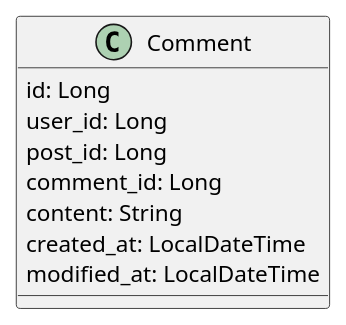
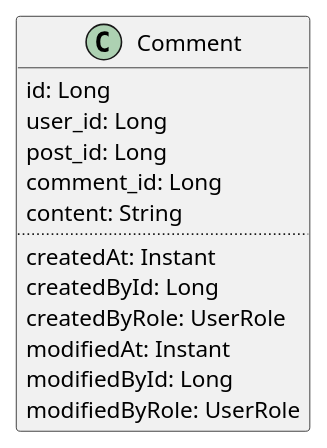
Before and after one commit to sweav-org/sweav-uml: the diagram in class/feed/comment.puml, drawn with PlantUML. The commit also changed 3 other files, not shown here.

Commit message:
피드 ERD 및 클래스 다이어그램 수정

```diff
--- a/class/feed/comment.puml
+++ b/class/feed/comment.puml
@@ -1,13 +1,18 @@
 @startuml
 
 class Comment {
   id: Long
   user_id: Long
   post_id: Long
   comment_id: Long
   content: String
-  created_at: LocalDateTime
-  modified_at: LocalDateTime
+  ..
+  createdAt: Instant
+  createdById: Long
+  createdByRole: UserRole
+  modifiedAt: Instant
+  modifiedById: Long
+  modifiedByRole: UserRole
 }
 
 @enduml
```
